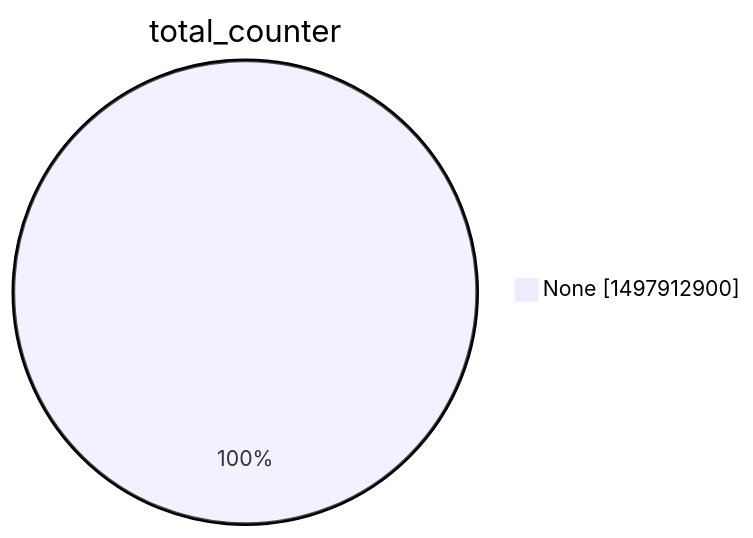
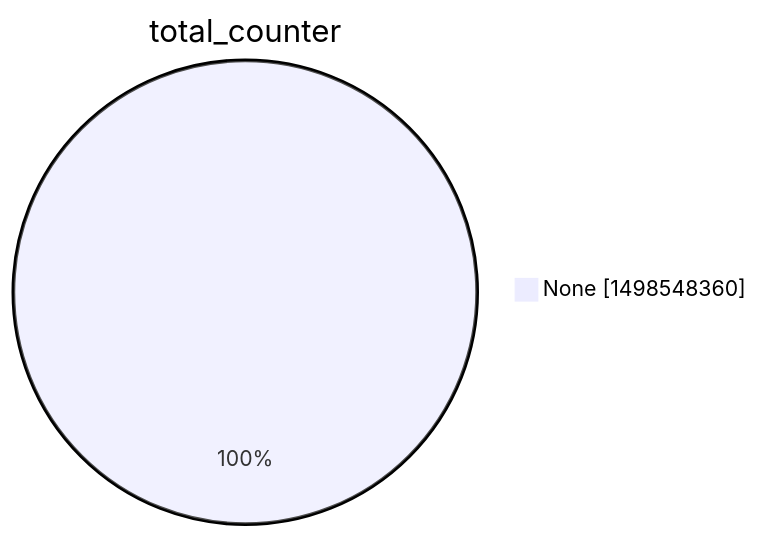
The second of 15 diagrams in argon2022/README.md (christiankrug/ctmonitor_visualization), drawn with Mermaid before and after one commit. The commit also changed other lines of this file, not shown here.

````diff
--- a/argon2022/README.md
+++ b/argon2022/README.md
@@ -9,5 +9,5 @@
 ```mermaid
 pie showData
 title total_counter
-"None" :1497912900
+"None" :1498548360
 ```
````
